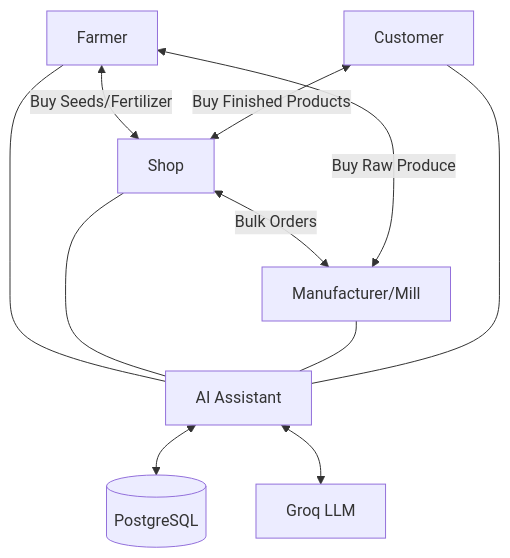
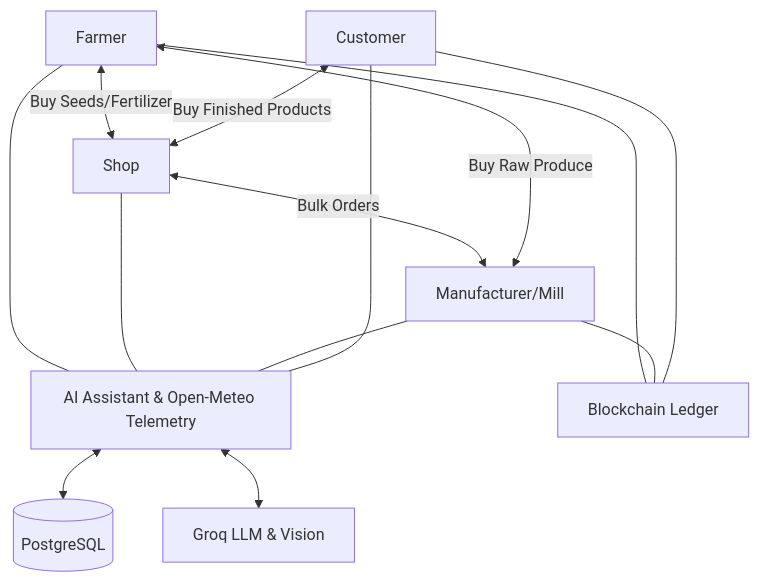
Before and after one commit to vinaykumarnethavath/AgriFlow.ai: the diagram in FEATURES_AND_PLANS.md, drawn with Mermaid. The commit also changed other lines of this file and 3 other files, not shown here.

Commit message:
docs: update README, FEATURES_AND_PLANS, and frontend documentation with Open-Meteo telemetry and auth enhancements

````diff
--- a/FEATURES_AND_PLANS.md
+++ b/FEATURES_AND_PLANS.md
@@ -12,13 +12,16 @@
 ```mermaid
 graph TD
     F[Farmer] <--> |Buy Seeds/Fertilizer| S[Shop]
     S <--> |Bulk Orders| M[Manufacturer/Mill]
     M <--> |Buy Raw Produce| F
     C[Customer] <--> |Buy Finished Products| S
-    F --- AI[AI Assistant]
+    F --- AI[AI Assistant & Open-Meteo Telemetry]
     S --- AI
     M --- AI
     C --- AI
     AI <--> DB[(PostgreSQL)]
-    AI <--> LLM[Groq LLM]
+    AI <--> LLM[Groq LLM & Vision]
+    F --- BC[Blockchain Ledger]
+    M --- BC
+    C --- BC
 ```
````
